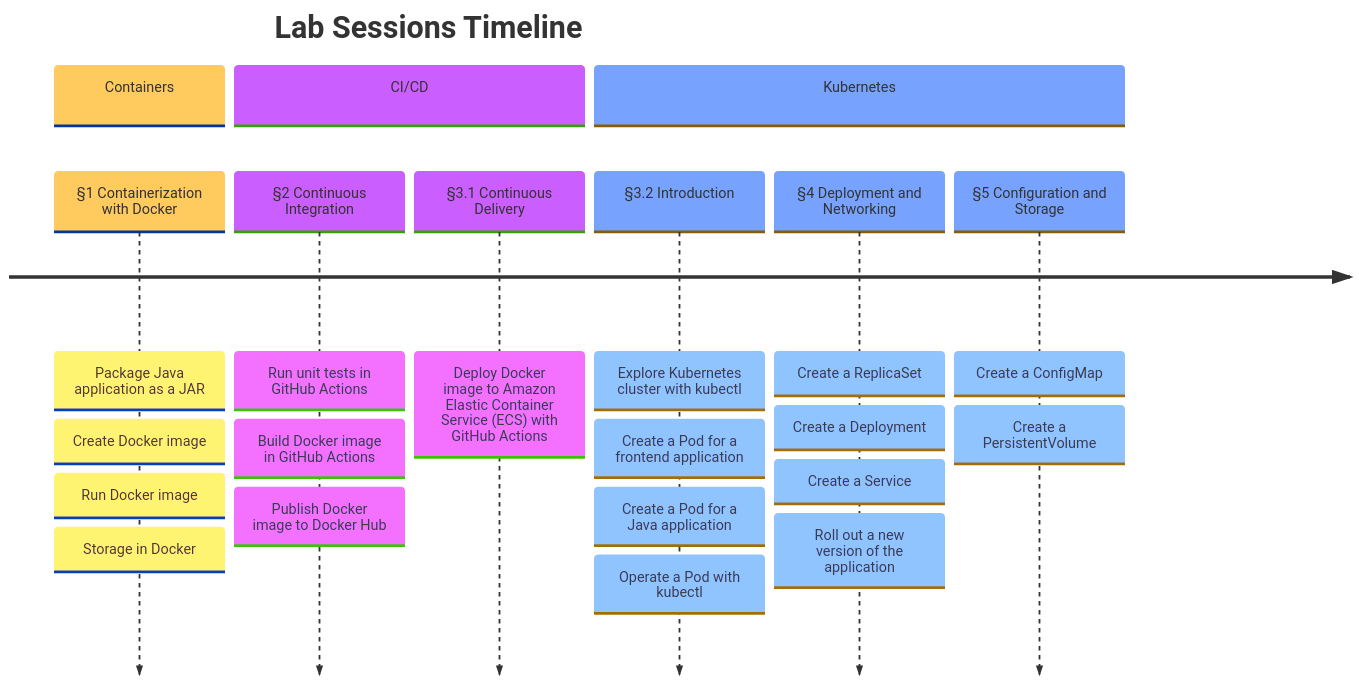
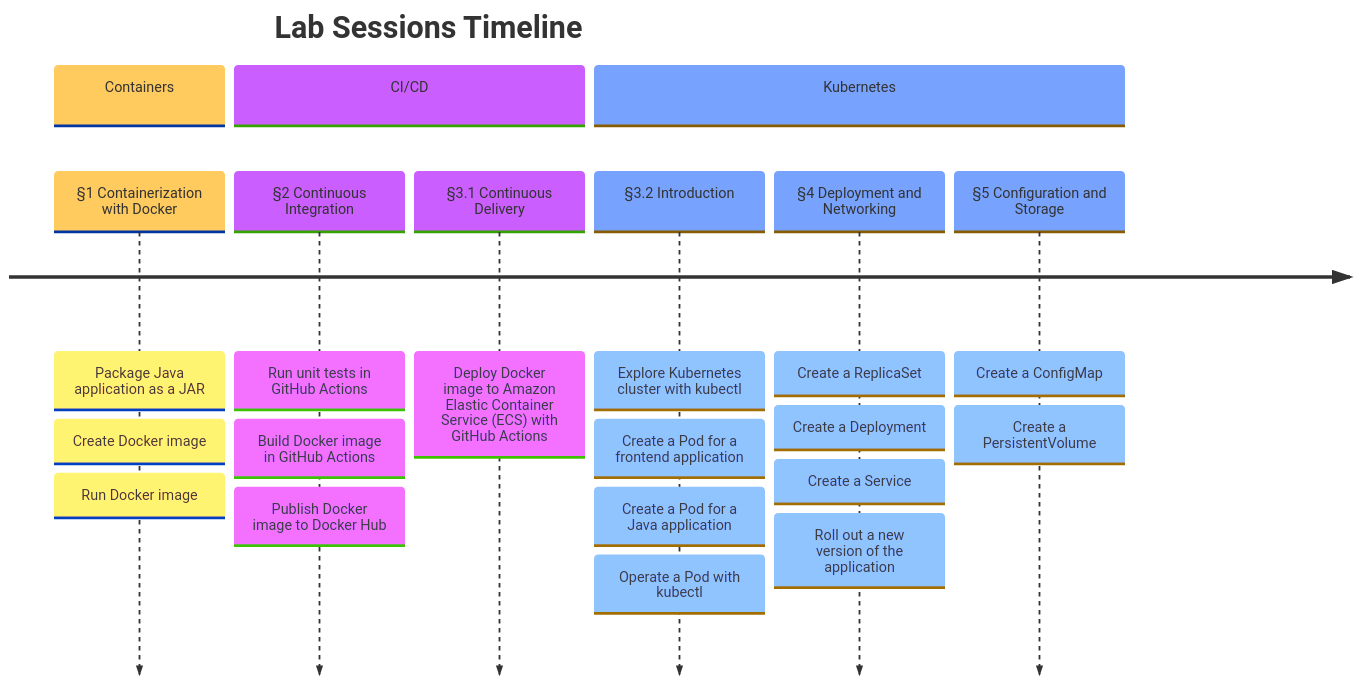
One commit to mincong-classroom/containers changed the diagram in README.md. Above: the diagram before and after it, drawn with Mermaid. The commit also changed other lines of this file, not shown here.

````diff
--- a/README.md
+++ b/README.md
@@ -5,37 +5,36 @@
 ```mermaid
 %%{
     init: {
         'logLevel': 'debug',
         'theme': 'base'
     }
 }%%
 timeline
     title Lab Sessions Timeline
     section Containers
         §1 Containerization with Docker
             : Package Java application as a JAR
             : Create Docker image
             : Run Docker image
-            : Storage in Docker
     section CI/CD
         §2 Continuous Integration
             : Run unit tests in GitHub Actions
             : Build Docker image in GitHub Actions
             : Publish Docker image to Docker Hub
         §3.1 Continuous Delivery
             : Deploy Docker image to Amazon Elastic Container Service (ECS) with GitHub Actions
     section Kubernetes
         §3.2 Introduction
             : Explore Kubernetes cluster with kubectl
             : Create a Pod for a frontend application
             : Create a Pod for a Java application
             : Operate a Pod with kubectl
         §4 Deployment and Networking
             : Create a ReplicaSet
             : Create a Deployment
             : Create a Service
             : Roll out a new version of the application
         §5 Configuration and Storage
             : Create a ConfigMap
             : Create a PersistentVolume
 ```
````
